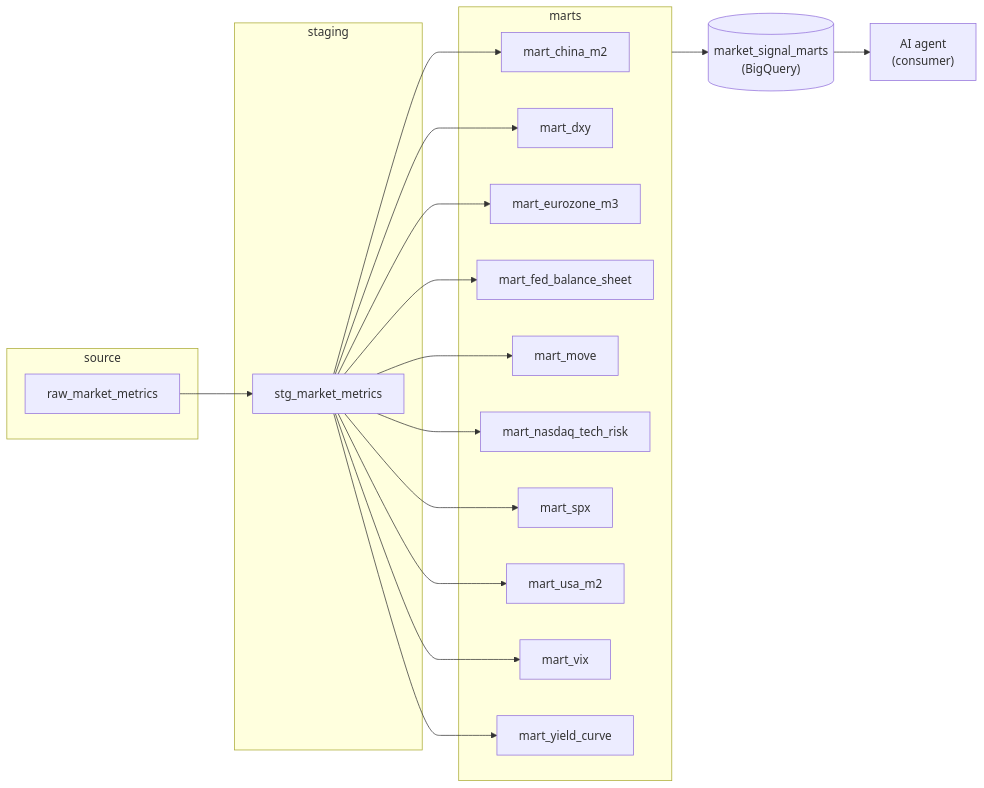
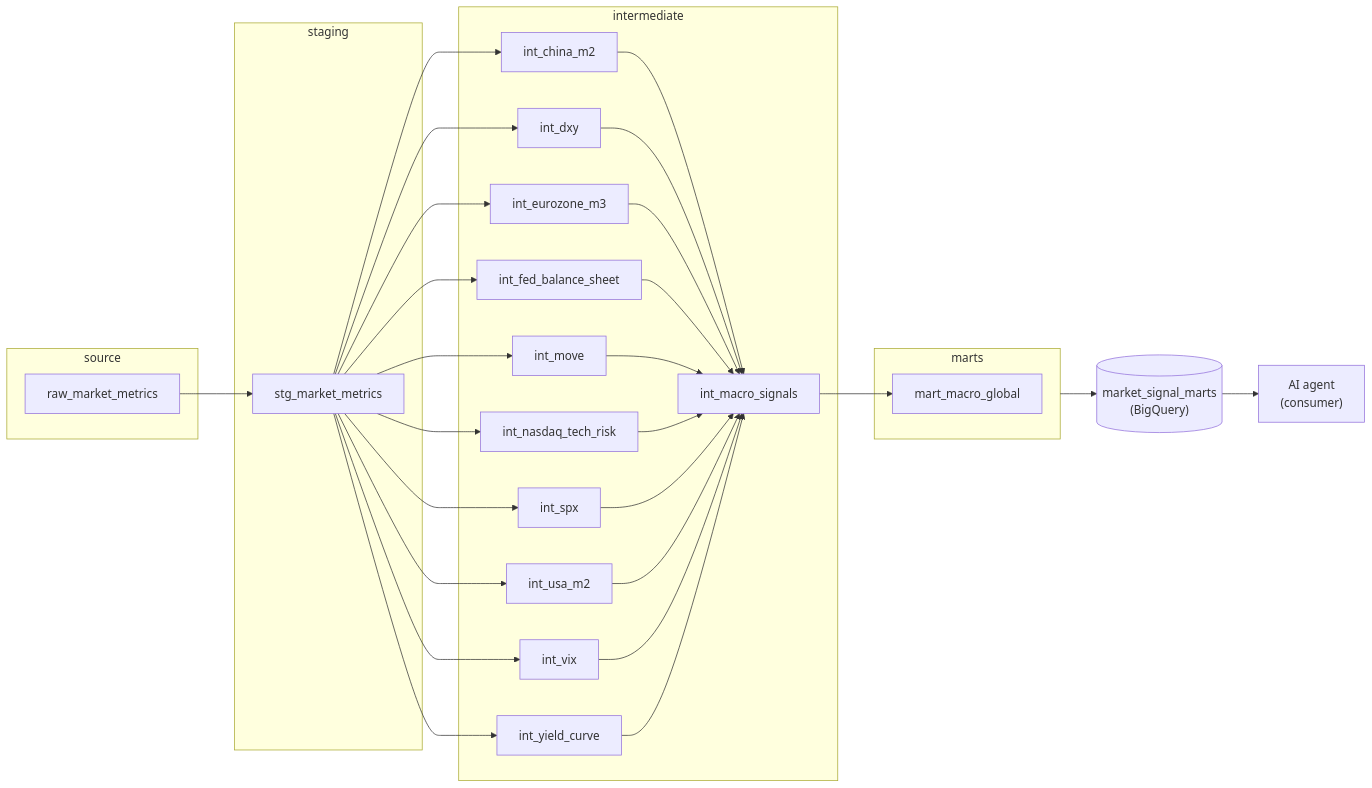
One commit to ggsergi/market-signal-stack changed the diagram in README.md. Above: the diagram before and after it, drawn with Mermaid. The commit also changed other lines of this file and 1 other file, not shown here.

Commit message:
docs: update README for the layer architecture
- Regenerate the Architecture diagram with scripts/generate_lineage_diagram.py,
  which now draws only this project's sources and models (it was pulling in
  the Elementary package and its hooks).
- Describe the staging / intermediate / per-layer mart structure.
- Current status: the ten macro indicators are int_* models; the public mart
  is mart_macro_global (carry-forward with expiry, look-ahead caveat, no
  layer_signal yet).
- Indicators in progress: real history and first-signal dates after the
  backfills, and the five indicators whose backfill is still pending.
- Roadmap: planned signal layers.

````diff
--- a/README.md
+++ b/README.md
@@ -19,34 +19,49 @@
 ```mermaid
 flowchart LR
     subgraph source["source"]
         raw_market_metrics["raw_market_metrics"]
     end
     subgraph staging["staging"]
         stg_market_metrics["stg_market_metrics"]
     end
+    subgraph intermediate["intermediate"]
+        int_china_m2["int_china_m2"]
+        int_dxy["int_dxy"]
+        int_eurozone_m3["int_eurozone_m3"]
+        int_fed_balance_sheet["int_fed_balance_sheet"]
+        int_macro_signals["int_macro_signals"]
+        int_move["int_move"]
+        int_nasdaq_tech_risk["int_nasdaq_tech_risk"]
+        int_spx["int_spx"]
+        int_usa_m2["int_usa_m2"]
+        int_vix["int_vix"]
+        int_yield_curve["int_yield_curve"]
+    end
     subgraph marts["marts"]
-        mart_china_m2["mart_china_m2"]
-        mart_dxy["mart_dxy"]
-        mart_eurozone_m3["mart_eurozone_m3"]
-        mart_fed_balance_sheet["mart_fed_balance_sheet"]
-        mart_move["mart_move"]
-        mart_nasdaq_tech_risk["mart_nasdaq_tech_risk"]
-        mart_spx["mart_spx"]
-        mart_usa_m2["mart_usa_m2"]
-        mart_vix["mart_vix"]
-        mart_yield_curve["mart_yield_curve"]
+        mart_macro_global["mart_macro_global"]
     end
+    int_china_m2 --> int_macro_signals
+    int_dxy --> int_macro_signals
+    int_eurozone_m3 --> int_macro_signals
+    int_fed_balance_sheet --> int_macro_signals
+    int_macro_signals --> mart_macro_global
+    int_move --> int_macro_signals
+    int_nasdaq_tech_risk --> int_macro_signals
+    int_spx --> int_macro_signals
+    int_usa_m2 --> int_macro_signals
+    int_vix --> int_macro_signals
+    int_yield_curve --> int_macro_signals
     raw_market_metrics --> stg_market_metrics
-    stg_market_metrics --> mart_china_m2
-    stg_market_metrics --> mart_dxy
-    stg_market_metrics --> mart_eurozone_m3
-    stg_market_metrics --> mart_fed_balance_sheet
-    stg_market_metrics --> mart_move
-    stg_market_metrics --> mart_nasdaq_tech_risk
-    stg_market_metrics --> mart_spx
-    stg_market_metrics --> mart_usa_m2
-    stg_market_metrics --> mart_vix
-    stg_market_metrics --> mart_yield_curve
+    stg_market_metrics --> int_china_m2
+    stg_market_metrics --> int_dxy
+    stg_market_metrics --> int_eurozone_m3
+    stg_market_metrics --> int_fed_balance_sheet
+    stg_market_metrics --> int_move
+    stg_market_metrics --> int_nasdaq_tech_risk
+    stg_market_metrics --> int_spx
+    stg_market_metrics --> int_usa_m2
+    stg_market_metrics --> int_vix
+    stg_market_metrics --> int_yield_curve
     marts --> market_signal_marts[("market_signal_marts<br/>(BigQuery)")]
     market_signal_marts --> agent["AI agent<br/>(consumer)"]
 ```
````
